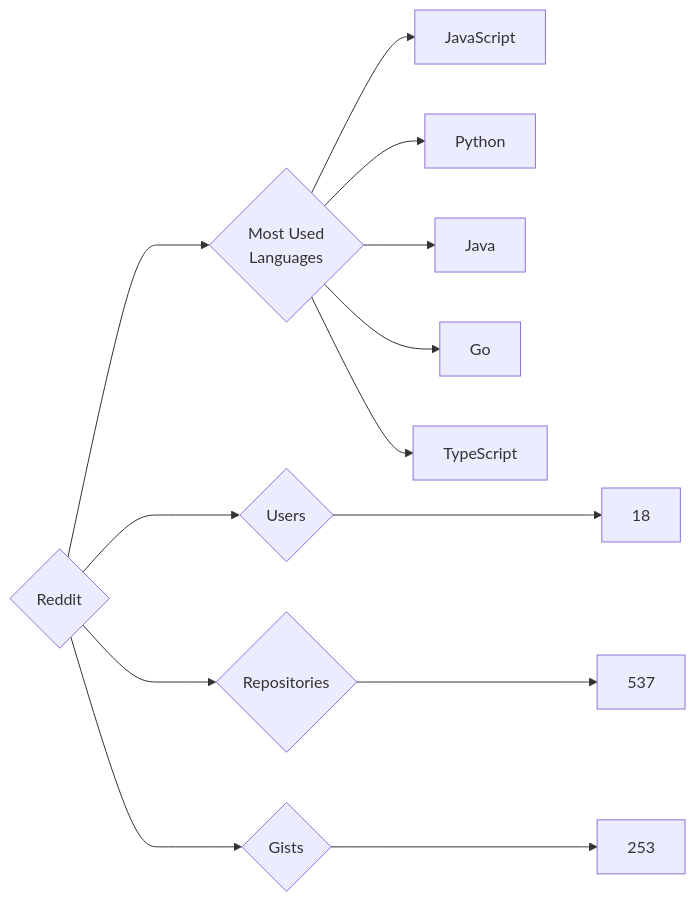
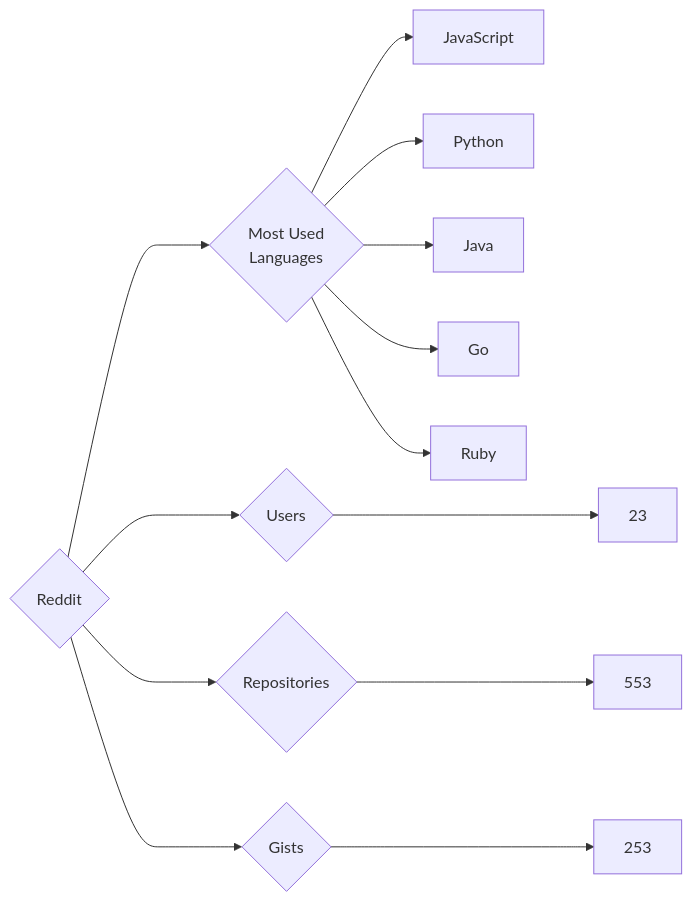
The diagram in targets/Reddit/README.md (trickest/insiders), drawn with Mermaid before and after one commit. The commit also changed 1389 other files, not shown here.

````diff
--- a/targets/Reddit/README.md
+++ b/targets/Reddit/README.md
@@ -3,13 +3,13 @@
 ```mermaid
 graph LR
 COMPANY_NAME{Reddit}
-COMPANY_NAME ---> U{Users} ---> UN[18]
-COMPANY_NAME ---> R{Repositories} ---> RN[537]
+COMPANY_NAME ---> U{Users} ---> UN[23]
+COMPANY_NAME ---> R{Repositories} ---> RN[553]
 COMPANY_NAME ---> G{Gists} ---> GN[253]
 COMPANY_NAME ---> ML{Most Used<br>Languages}
 ML --> JavaScript[JavaScript]
 ML --> Python[Python]
 ML --> Java[Java]
 ML --> Go[Go]
-ML --> TypeScript[TypeScript]
+ML --> Ruby[Ruby]
 ```
````
